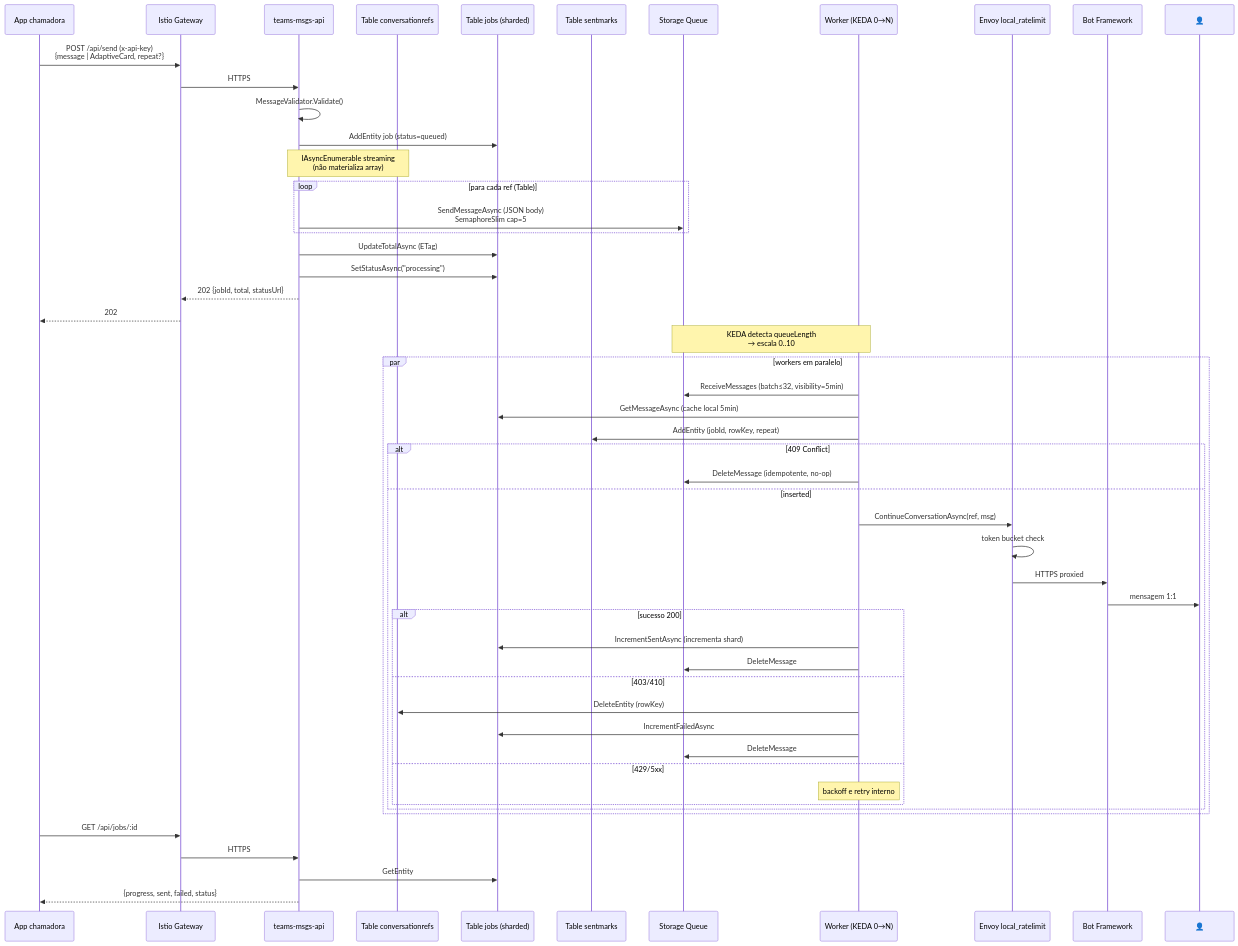
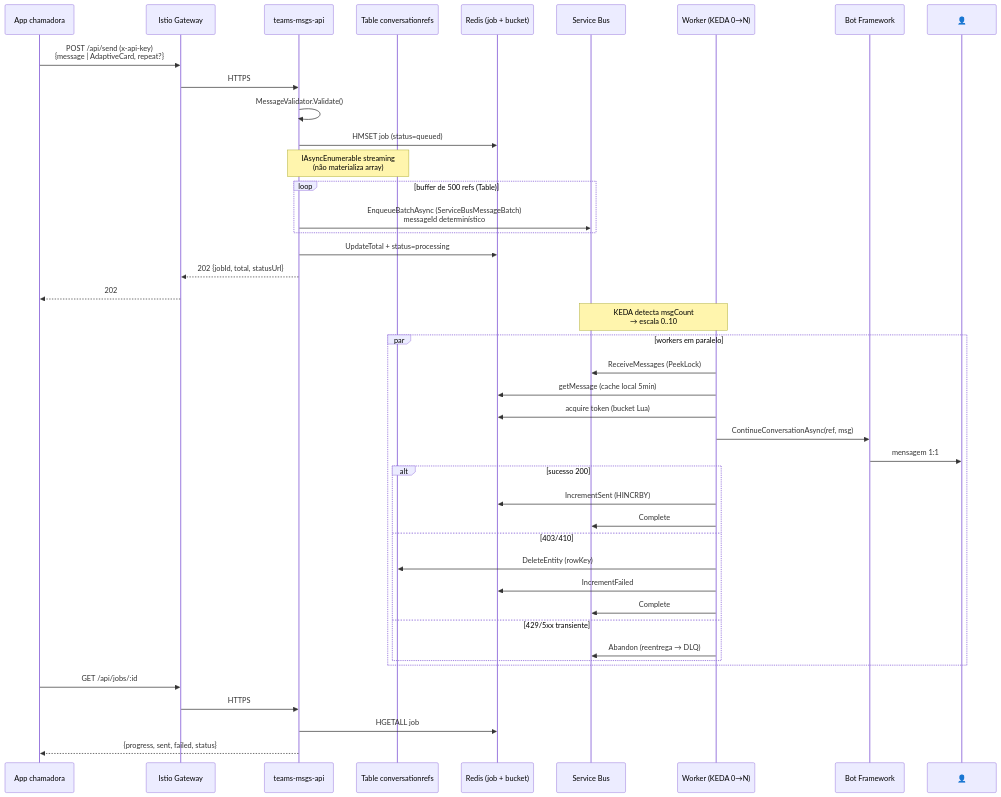
One commit to EdneiMonteiro/teams_msgs_dotnet changed the fourth of 5 diagrams in README.md. Above: the diagram before and after it, drawn with Mermaid. The commit also changed other lines of this file and 3 other files, not shown here.

First line of the commit message:
docs(arch): revert narrative to Service Bus + Redis + connection strings

````diff
--- a/README.md
+++ b/README.md
@@ -238,58 +229,49 @@
 ```mermaid
 sequenceDiagram
     participant Client as App chamadora
     participant GW as Istio Gateway
     participant API as teams-msgs-api
     participant Refs as Table conversationrefs
-    participant Jobs as Table jobs (sharded)
-    participant Marks as Table sentmarks
-    participant SQ as Storage Queue
+    participant Redis as Redis (job + bucket)
+    participant SB as Service Bus
     participant Worker as Worker (KEDA 0→N)
-    participant Envoy as Envoy local_ratelimit
     participant Bot as Bot Framework
     participant User as 👤
 
     Client->>GW: POST /api/send (x-api-key)<br/>{message | AdaptiveCard, repeat?}
     GW->>API: HTTPS
     API->>API: MessageValidator.Validate()
-    API->>Jobs: AddEntity job (status=queued)
+    API->>Redis: HMSET job (status=queued)
     Note over API,Refs: IAsyncEnumerable streaming<br/>(não materializa array)
-    loop para cada ref (Table)
-        API->>SQ: SendMessageAsync (JSON body)<br/>SemaphoreSlim cap=5
+    loop buffer de 500 refs (Table)
+        API->>SB: EnqueueBatchAsync (ServiceBusMessageBatch)<br/>messageId determinístico
     end
-    API->>Jobs: UpdateTotalAsync (ETag)
-    API->>Jobs: SetStatusAsync("processing")
+    API->>Redis: UpdateTotal + status=processing
     API-->>GW: 202 {jobId, total, statusUrl}
     GW-->>Client: 202
 
-    Note over SQ,Worker: KEDA detecta queueLength<br/>→ escala 0..10
+    Note over SB,Worker: KEDA detecta msgCount<br/>→ escala 0..10
 
     par workers em paralelo
-        Worker->>SQ: ReceiveMessages (batch≤32, visibility=5min)
-        Worker->>Jobs: GetMessageAsync (cache local 5min)
-        Worker->>Marks: AddEntity (jobId, rowKey, repeat)
-        alt 409 Conflict
-            Worker->>SQ: DeleteMessage (idempotente, no-op)
-        else inserted
-            Worker->>Envoy: ContinueConversationAsync(ref, msg)
-            Envoy->>Envoy: token bucket check
-            Envoy->>Bot: HTTPS proxied
-            Bot->>User: mensagem 1:1
-            alt sucesso 200
-                Worker->>Jobs: IncrementSentAsync (incrementa shard)
-                Worker->>SQ: DeleteMessage
-            else 403/410
-                Worker->>Refs: DeleteEntity (rowKey)
-                Worker->>Jobs: IncrementFailedAsync
-                Worker->>SQ: DeleteMessage
-            else 429/5xx
-                Note over Worker: backoff e retry interno
-            end
+        Worker->>SB: ReceiveMessages (PeekLock)
+        Worker->>Redis: getMessage (cache local 5min)
+        Worker->>Redis: acquire token (bucket Lua)
+        Worker->>Bot: ContinueConversationAsync(ref, msg)
+        Bot->>User: mensagem 1:1
+        alt sucesso 200
+            Worker->>Redis: IncrementSent (HINCRBY)
+            Worker->>SB: Complete
+        else 403/410
+            Worker->>Refs: DeleteEntity (rowKey)
+            Worker->>Redis: IncrementFailed
+            Worker->>SB: Complete
+        else 429/5xx transiente
+            Worker->>SB: Abandon (reentrega → DLQ)
         end
     end
 
     Client->>GW: GET /api/jobs/:id
     GW->>API: HTTPS
-    API->>Jobs: GetEntity
+    API->>Redis: HGETALL job
     API-->>Client: {progress, sent, failed, status}
 ```
````
